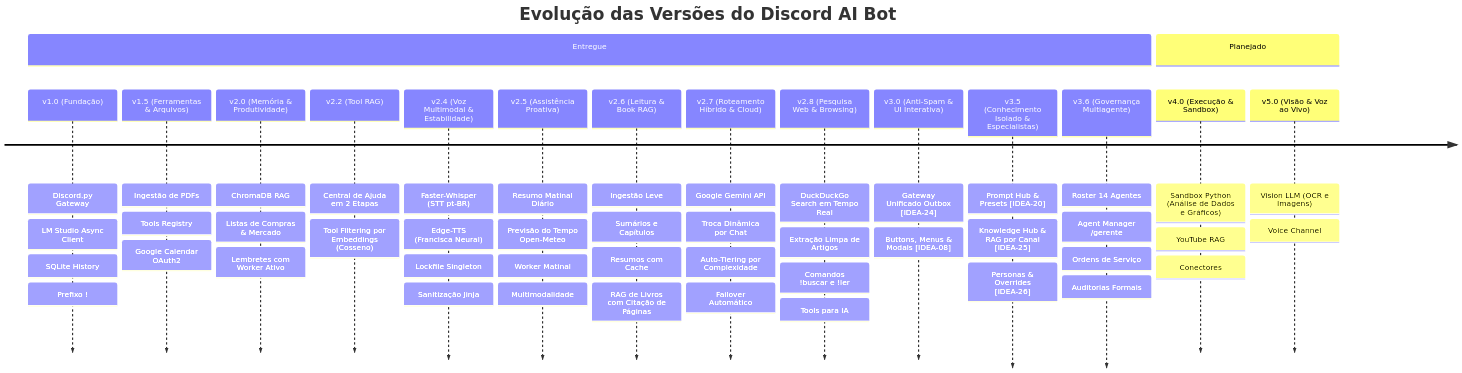
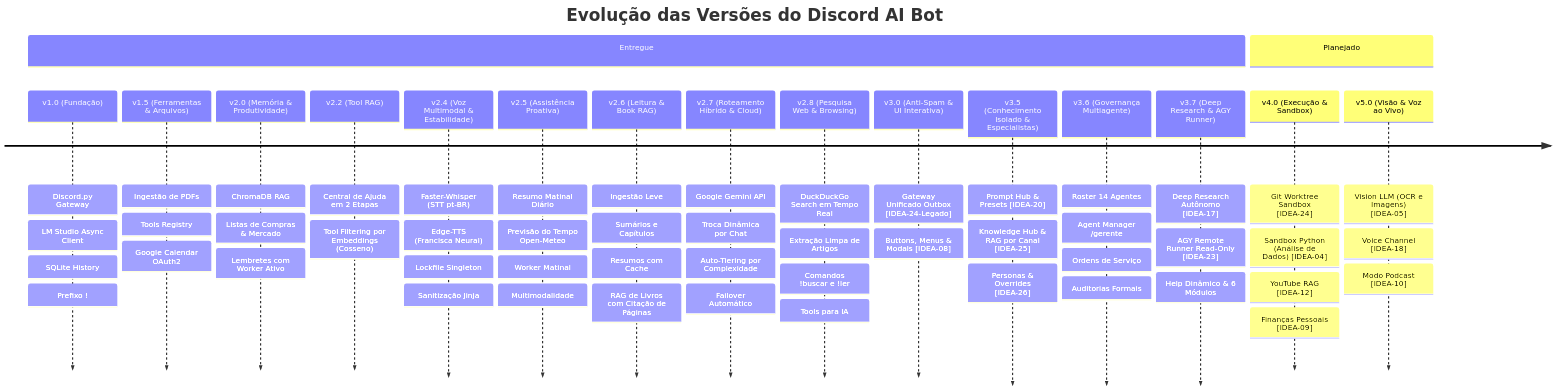
One commit to rseibtmodel/agentes_ufg changed the diagram in discord/SPECs/ROADMAP.md. Above: the diagram before and after it, drawn with Mermaid. The commit also changed other lines of this file and 1 other file, not shown here.

Commit message:
docs(governance): sincroniza ROADMAP v3.7.0, historico de entregas e governanca multiagente (OS-009)

````diff
--- a/discord/SPECs/ROADMAP.md
+++ b/discord/SPECs/ROADMAP.md
@@ -13,20 +13,21 @@
 ```mermaid
 timeline
     title Evolução das Versões do Discord AI Bot
     section Entregue
         v1.0 (Fundação) : Discord.py Gateway : LM Studio Async Client : SQLite History : Prefixo !
         v1.5 (Ferramentas & Arquivos) : Ingestão de PDFs : Tools Registry : Google Calendar OAuth2
         v2.0 (Memória & Produtividade) : ChromaDB RAG : Listas de Compras & Mercado : Lembretes com Worker Ativo
         v2.2 (Tool RAG) : Central de Ajuda em 2 Etapas : Tool Filtering por Embeddings (Cosseno)
         v2.4 (Voz Multimodal & Estabilidade) : Faster-Whisper (STT pt-BR) : Edge-TTS (Francisca Neural) : Lockfile Singleton : Sanitização Jinja
         v2.5 (Assistência Proativa) : Resumo Matinal Diário : Previsão do Tempo Open-Meteo : Worker Matinal : Multimodalidade
         v2.6 (Leitura & Book RAG) : Ingestão Leve : Sumários e Capítulos : Resumos com Cache : RAG de Livros com Citação de Páginas
         v2.7 (Roteamento Híbrido & Cloud) : Google Gemini API : Troca Dinâmica por Chat : Auto-Tiering por Complexidade : Failover Automático
         v2.8 (Pesquisa Web & Browsing) : DuckDuckGo Search em Tempo Real : Extração Limpa de Artigos : Comandos !buscar e !ler : Tools para IA
-        v3.0 (Anti-Spam & UI Interativa) : Gateway Unificado Outbox [IDEA-24] : Buttons, Menus & Modals [IDEA-08]
+        v3.0 (Anti-Spam & UI Interativa) : Gateway Unificado Outbox [IDEA-24-Legado] : Buttons, Menus & Modals [IDEA-08]
         v3.5 (Conhecimento Isolado & Especialistas) : Prompt Hub & Presets [IDEA-20] : Knowledge Hub & RAG por Canal [IDEA-25] : Personas & Overrides [IDEA-26]
         v3.6 (Governança Multiagente) : Roster 14 Agentes : Agent Manager /gerente : Ordens de Serviço : Auditorias Formais
+        v3.7 (Deep Research & AGY Runner) : Deep Research Autônomo [IDEA-17] : AGY Remote Runner Read-Only [IDEA-23] : Help Dinâmico & 6 Módulos
     section Planejado
-        v4.0 (Execução & Sandbox) : Sandbox Python (Análise de Dados e Gráficos) : YouTube RAG : Conectores
-        v5.0 (Visão & Voz ao Vivo) : Vision LLM (OCR e Imagens) : Voice Channel
+        v4.0 (Execução & Sandbox) : Git Worktree Sandbox [IDEA-24] : Sandbox Python (Análise de Dados) [IDEA-04] : YouTube RAG [IDEA-12] : Finanças Pessoais [IDEA-09]
+        v5.0 (Visão & Voz ao Vivo) : Vision LLM (OCR e Imagens) [IDEA-05] : Voice Channel [IDEA-18] : Modo Podcast [IDEA-10]
 ```
````
